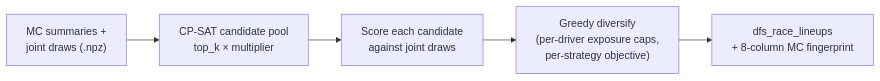
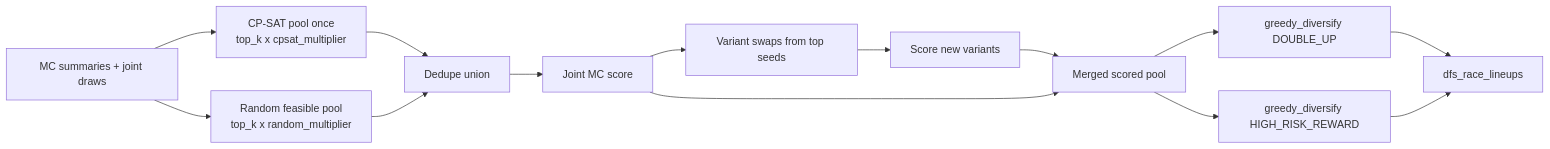
The diagram in docs/nascar/cup.dfs.lineup_generator.md (giraffalope/fantasy-sports-airflow), drawn with Mermaid before and after one commit. The commit also changed other lines of this file and 16 other files, not shown here.

````diff
--- a/docs/nascar/cup.dfs.lineup_generator.md
+++ b/docs/nascar/cup.dfs.lineup_generator.md
@@ -71,7 +71,16 @@
 ```mermaid
 flowchart LR
-  MC["MC summaries +<br/>joint draws (.npz)"] --> POOL["CP-SAT candidate pool<br/>top_k × multiplier"]
-  POOL --> Score["Score each candidate<br/>against joint draws"]
-  Score --> Sel["Greedy diversify<br/>(per-driver exposure caps,<br/>per-strategy objective)"]
-  Sel --> LU["dfs_race_lineups<br/>+ 8-column MC fingerprint"]
+  MC["MC summaries + joint draws"] --> CPSAT["CP-SAT pool once<br/>top_k x cpsat_multiplier"]
+  MC --> Rand["Random feasible pool<br/>top_k x random_multiplier"]
+  CPSAT --> Union["Dedupe union"]
+  Rand --> Union
+  Union --> Score["Joint MC score"]
+  Score --> Var["Variant swaps from top seeds"]
+  Var --> Score2["Score new variants"]
+  Score2 --> Pool["Merged scored pool"]
+  Score --> Pool
+  Pool --> SelDU["greedy_diversify DOUBLE_UP"]
+  Pool --> SelHRR["greedy_diversify HIGH_RISK_REWARD"]
+  SelDU --> LU["dfs_race_lineups"]
+  SelHRR --> LU
 ```
````
